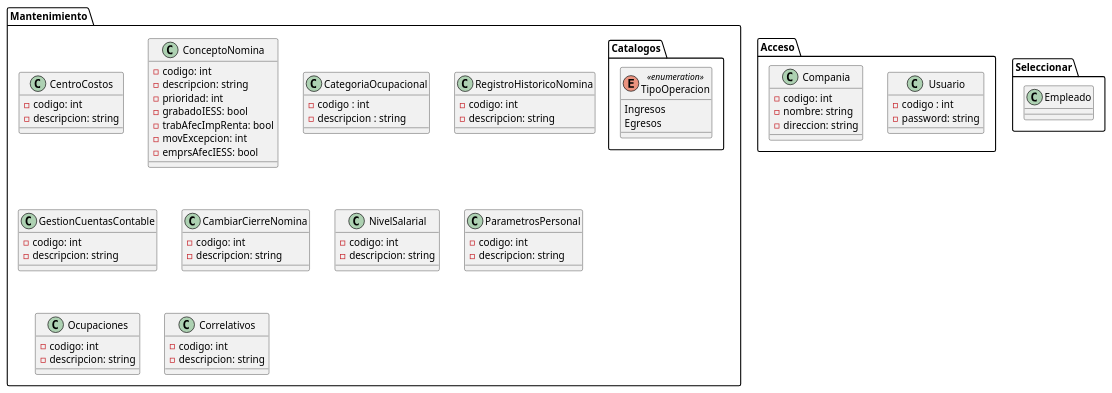
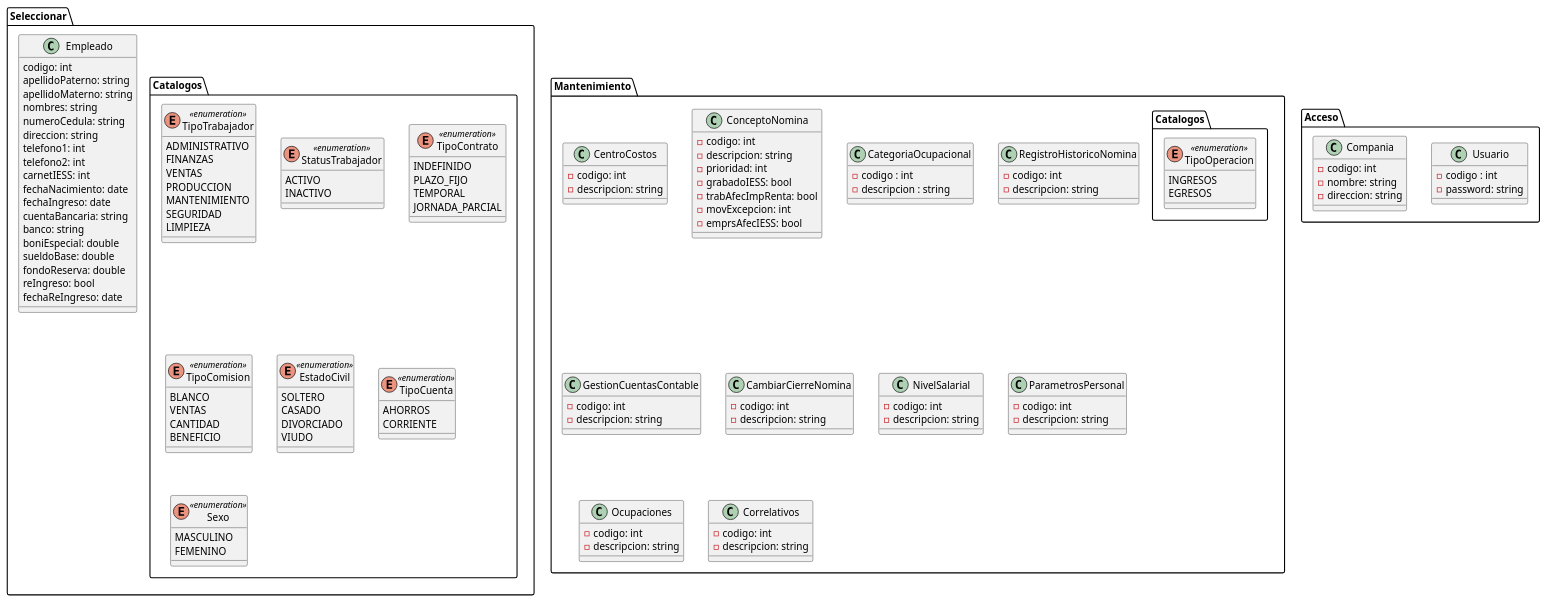
Before and after one commit to ChrisJMora/TTHH-class-diagram: the diagram in tthh-class-diagram.puml, drawn with PlantUML.

Commit message:
Se añade la clase Empleado | Se añaden los enums de la carpeta Seleccionar

```diff
--- a/tthh-class-diagram.puml
+++ b/tthh-class-diagram.puml
@@ -1,89 +1,158 @@
 @startuml TTHHH
 
 package Acceso{
 
     class Usuario{
         -codigo : int
         -password: string
     }
 
     class Compania{
         -codigo: int
         -nombre: string
         -direccion: string
     }
 }
 
 package Seleccionar{
-    class Empleado
+    class Empleado{
+        codigo: int
+        apellidoPaterno: string
+        apellidoMaterno: string
+        nombres: string
+        numeroCedula: string
+        direccion: string
+        telefono1: int
+        telefono2: int
+        carnetIESS: int
+        fechaNacimiento: date
+        fechaIngreso: date
+        cuentaBancaria: string
+        banco: string
+        boniEspecial: double
+        sueldoBase: double
+        fondoReserva: double
+        reIngreso: bool
+        fechaReIngreso: date
+    }
+}
+
+package Seleccionar.Catalogos{
+
+    enum TipoTrabajador <<enumeration>>{
+        ADMINISTRATIVO
+        FINANZAS
+        VENTAS
+        PRODUCCION
+        MANTENIMIENTO
+        SEGURIDAD
+        LIMPIEZA
+    }
+
+    enum StatusTrabajador <<enumeration>>{
+        ACTIVO
+        INACTIVO
+    }
+
+    enum TipoContrato <<enumeration>>{
+        INDEFINIDO
+        PLAZO_FIJO
+        TEMPORAL
+        JORNADA_PARCIAL
+    }
+
+    enum TipoComision <<enumeration>>{
+        BLANCO
+        VENTAS
+        CANTIDAD
+        BENEFICIO
+    }
+
+    enum EstadoCivil <<enumeration>>{
+        SOLTERO
+        CASADO
+        DIVORCIADO
+        VIUDO
+    }
+
+    enum TipoCuenta <<enumeration>>{
+        AHORROS
+        CORRIENTE
+    }
+
+    enum Sexo <<enumeration>>{
+        MASCULINO
+        FEMENINO
+    }
+
 }
 
 package Mantenimiento{
 
     class CentroCostos{
         -codigo: int
         -descripcion: string
     }
 
     class ConceptoNomina{
         -codigo: int
         -descripcion: string
         -prioridad: int
         -grabadoIESS: bool
         -trabAfecImpRenta: bool
         -movExcepcion: int
         -emprsAfecIESS: bool
     }
 
     class CategoriaOcupacional{
         -codigo : int
         -descripcion : string
     }
 
     class RegistroHistoricoNomina{
         -codigo: int
         -descripcion: string
     }
 
     class GestionCuentasContable{
         -codigo: int
         -descripcion: string
     }
 
     class CambiarCierreNomina{
         -codigo: int
         -descripcion: string
     }
 
     class NivelSalarial{
         -codigo: int
         -descripcion: string
     }
 
     class ParametrosPersonal{
         -codigo: int
         -descripcion: string
     }
 
     class Ocupaciones{
         -codigo: int
         -descripcion: string
     }
 
     class Correlativos{
         -codigo: int
         -descripcion: string
     }
 
 }
 
 package Mantenimiento.Catalogos{
 
     enum TipoOperacion <<enumeration>>{
-        Ingresos
-        Egresos
+        INGRESOS
+        EGRESOS
     }
 
 }
 
 @enduml
```
